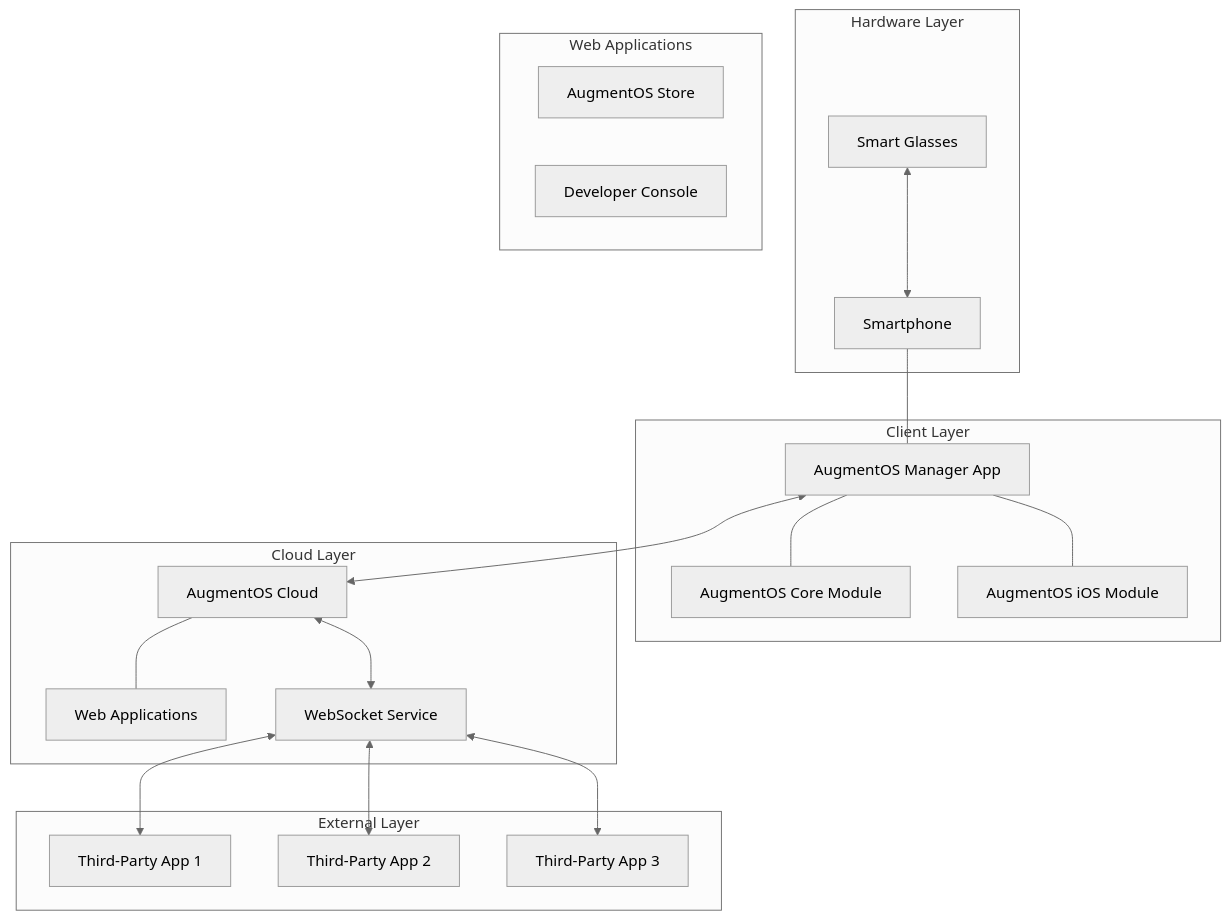
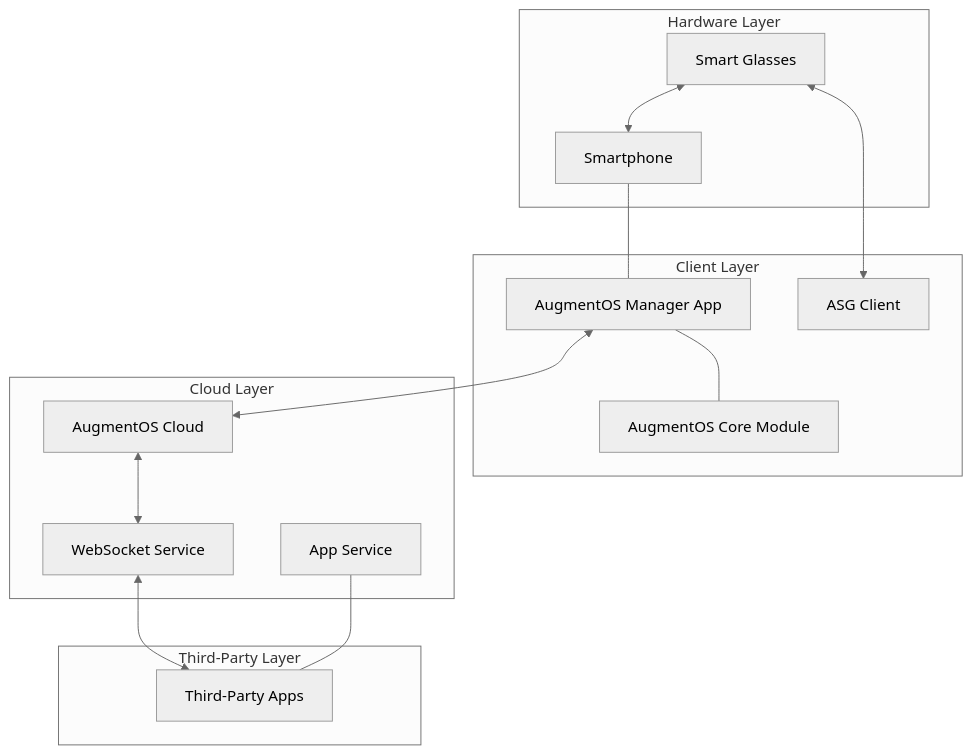
One commit to simoon5769/AugmentOS changed the first of 2 diagrams in augmentos_docs/docs/contributing.md. Above: the diagram before and after it, drawn with Mermaid (neutral theme). The commit also changed other lines of this file and 998 other files, not shown here.

````diff
--- a/augmentos_docs/docs/contributing.md
+++ b/augmentos_docs/docs/contributing.md
@@ -17,41 +17,32 @@
 ```mermaid
 graph TD
     subgraph "Hardware Layer"
         SG[Smart Glasses]
         Phone[Smartphone]
     end
     
     subgraph "Client Layer"
         AOSManager[AugmentOS Manager App]
         AOSCore[AugmentOS Core Module]
-        AOSiOS[AugmentOS iOS Module]
+        ASGClient[ASG Client]
     end
     
     subgraph "Cloud Layer"
         AOSCloud[AugmentOS Cloud]
-        WebApps[Web Applications]
         WebSocket[WebSocket Service]
+        Apps[App Service]
     end
     
-    subgraph "Web Applications"
-        AppStore[AugmentOS Store]
-        DevConsole[Developer Console]
-    end
-    
-    subgraph "External Layer"
-        TPA1[Third-Party App 1]
-        TPA2[Third-Party App 2]
-        TPA3[Third-Party App 3]
+    subgraph "Third-Party Layer"
+        TPAs[Third-Party Apps]
     end
     
     SG <--> Phone
     Phone --- AOSManager
     AOSManager --- AOSCore
-    AOSManager --- AOSiOS
+    SG <--> ASGClient
     AOSManager <--> AOSCloud
-    AOSCloud --- WebApps
     AOSCloud <--> WebSocket
-    WebSocket <--> TPA1
-    WebSocket <--> TPA2
-    WebSocket <--> TPA3
+    WebSocket <--> TPAs
+    Apps --- TPAs
 ```
````
